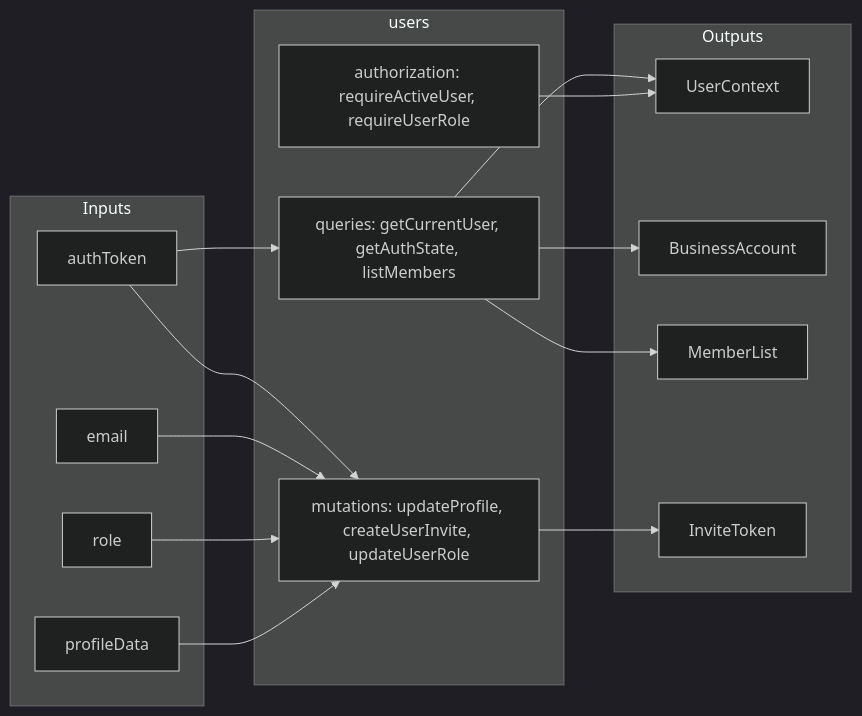
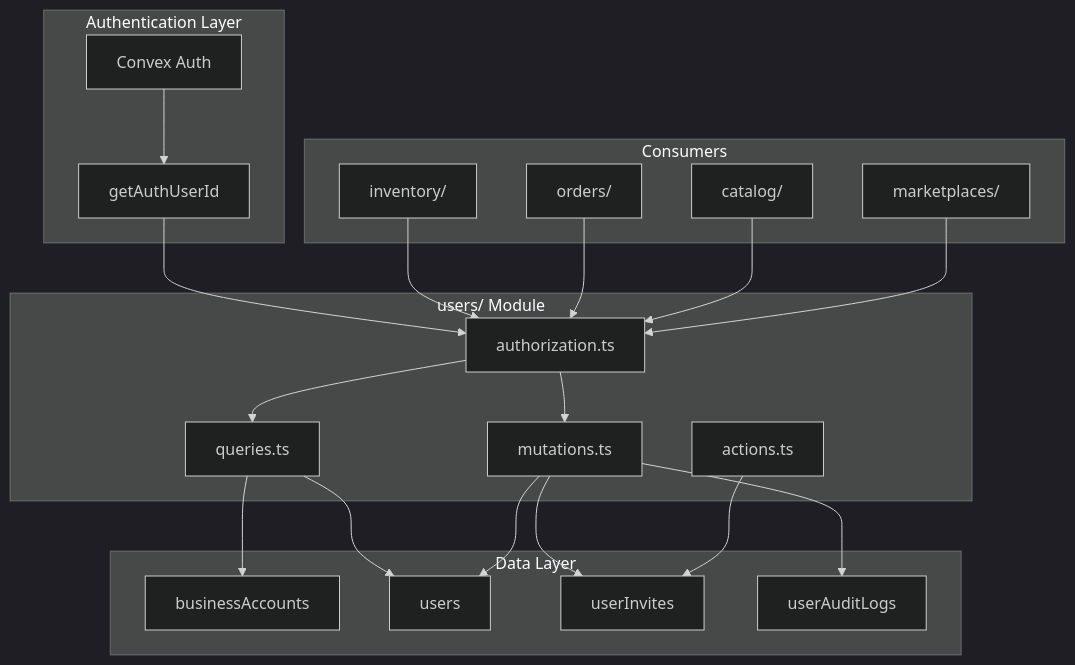
One commit to 1benisin/brickops changed the first of 5 diagrams in convex/users/README.md. Above: the diagram before and after it, drawn with Mermaid (dark theme). The commit also changed other lines of this file and 5 other files, not shown here.

````diff
--- a/convex/users/README.md
+++ b/convex/users/README.md
@@ -7,33 +7,44 @@
 ```mermaid
-graph LR
-    subgraph inputs [Inputs]
-        A[authToken]
-        B[email]
-        C[role]
-        D[profileData]
+graph TB
+    subgraph "Authentication Layer"
+        A[Convex Auth]
+        B[getAuthUserId]
     end
 
-    subgraph users_module [users]
-        E[queries: getCurrentUser, getAuthState, listMembers]
-        F[mutations: updateProfile, createUserInvite, updateUserRole]
-        G[authorization: requireActiveUser, requireUserRole]
+    subgraph "users/ Module"
+        C[authorization.ts]
+        D[queries.ts]
+        E[mutations.ts]
+        F[actions.ts]
     end
 
-    subgraph outputs [Outputs]
-        H[UserContext]
-        I[BusinessAccount]
-        J[MemberList]
-        K[InviteToken]
+    subgraph "Data Layer"
+        G[businessAccounts]
+        H[users]
+        I[userInvites]
+        J[userAuditLogs]
     end
 
-    A --> E
-    A --> F
-    B --> F
-    C --> F
-    D --> F
+    subgraph "Consumers"
+        K[inventory/]
+        L[orders/]
+        M[catalog/]
+        N[marketplaces/]
+    end
+
+    A --> B
+    B --> C
+    C --> D
+    C --> E
+    D --> G
+    D --> H
     E --> H
     E --> I
     E --> J
-    F --> K
-    G --> H
+    F --> I
+
+    K --> C
+    L --> C
+    M --> C
+    N --> C
 ```
````
